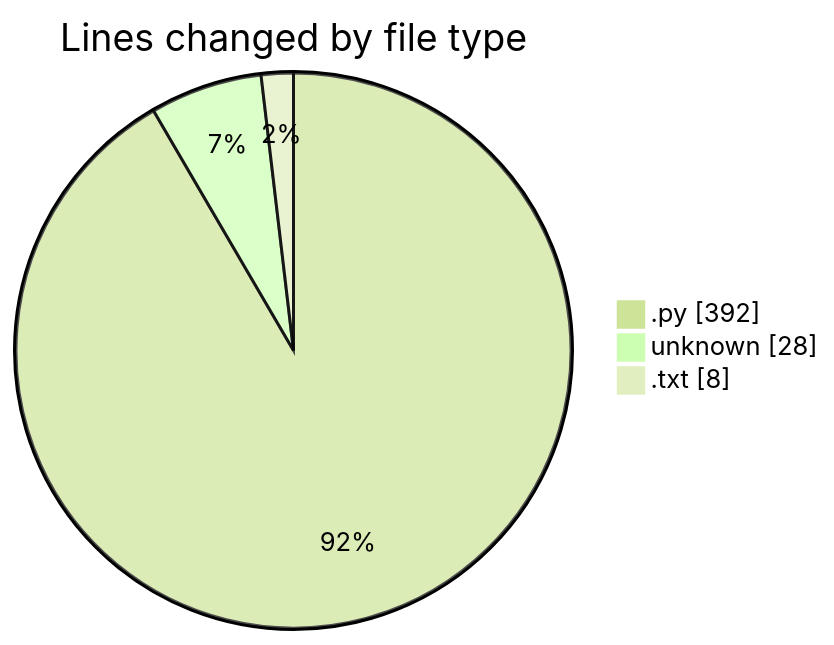
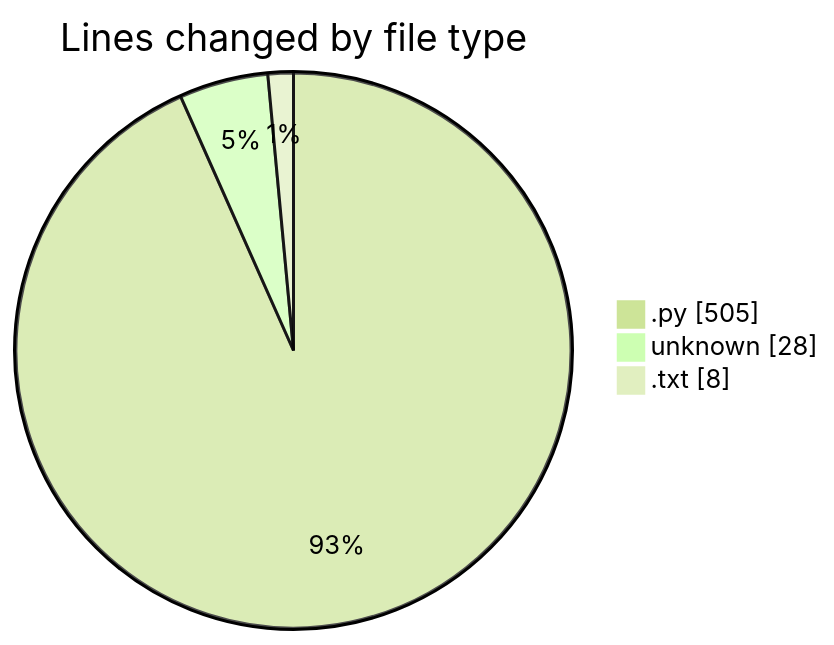
One commit to momahboobian/code-tracking changed the first of 2 diagrams in 2026-09-18/video-downloader/README.md. Above: the diagram before and after it, drawn with Mermaid (forest theme). The commit also changed other lines of this file and 1 other file, not shown here.

````diff
--- a/2026-09-18/video-downloader/README.md
+++ b/2026-09-18/video-downloader/README.md
@@ -23,7 +24,7 @@
 ```mermaid
 pie showData
 title Lines changed by file type
-".py" : 392
+".py" : 505
 "unknown" : 28
 ".txt" : 8
 ```
````
